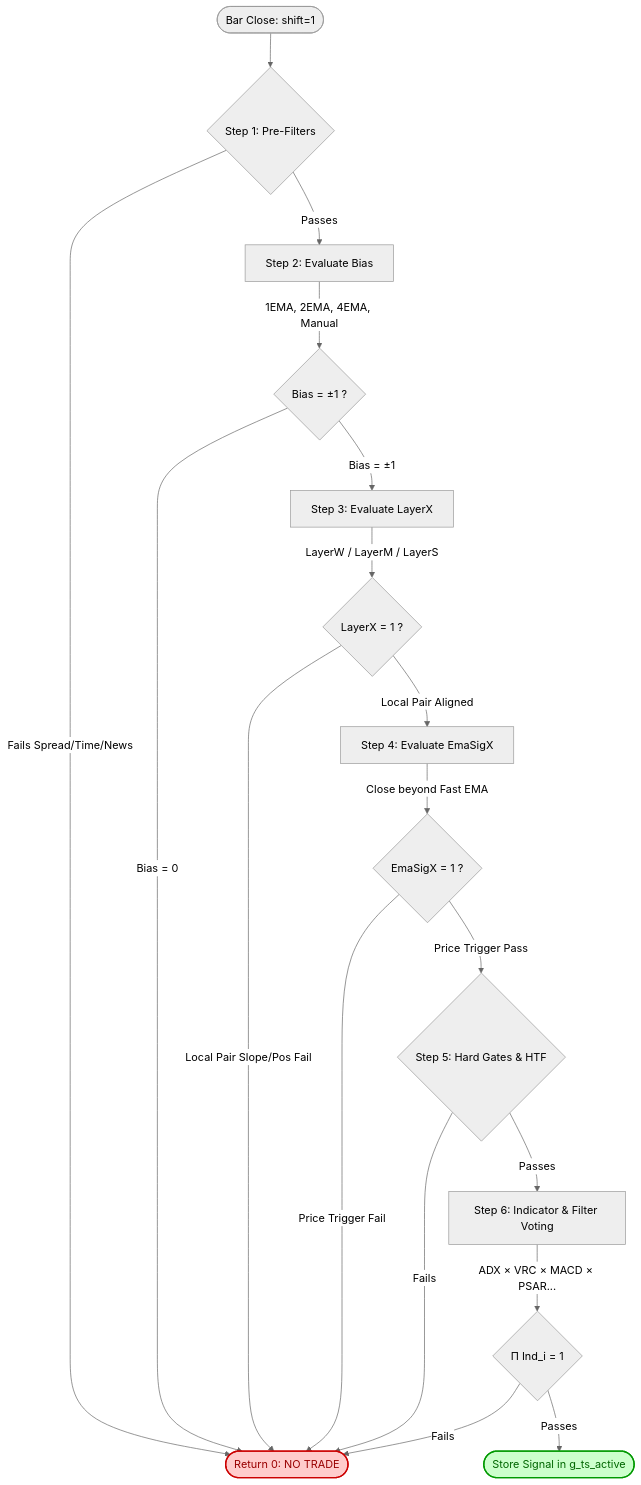
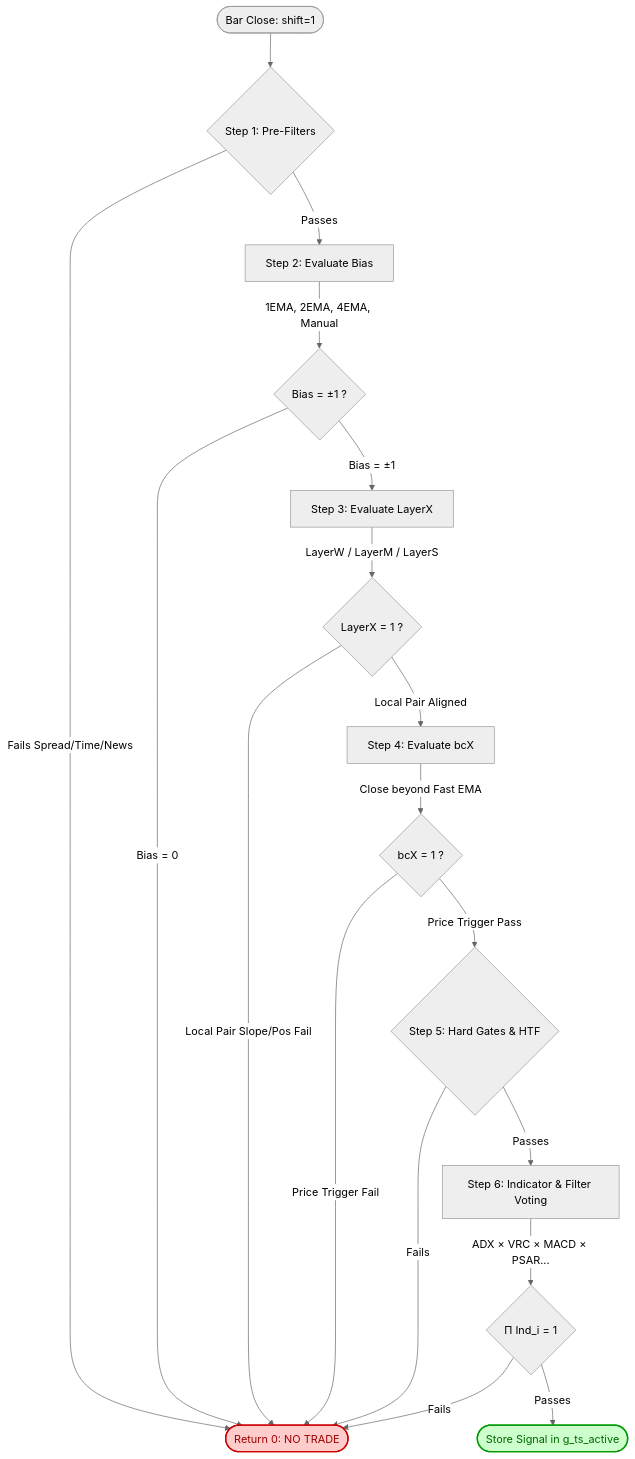
One commit to msmaciej/RRM_SEA changed the first of 2 diagrams in Readme/README_SEA_SIGNAL_REFERENCE.md. Above: the diagram before and after it, drawn with Mermaid (neutral theme). The commit also changed other lines of this file and 7 other files, not shown here.

First line of the commit message:
Remove deprecated EmaSig indicator voting system completely

````diff
--- a/Readme/README_SEA_SIGNAL_REFERENCE.md
+++ b/Readme/README_SEA_SIGNAL_REFERENCE.md
@@ -18,34 +18,34 @@
 ```mermaid
 flowchart TD
     Start([Bar Close: shift=1]) --> S1{Step 1: Pre-Filters}
     
     S1 -- Fails Spread/Time/News --> Reject([Return 0: NO TRADE])
     S1 -- Passes --> S2[Step 2: Evaluate Bias]
     
     S2 --> |1EMA, 2EMA, 4EMA, Manual| BiasCheck{Bias = ±1 ?}
     BiasCheck -- Bias = 0 --> Reject
     
     BiasCheck -- Bias = ±1 --> S3[Step 3: Evaluate LayerX]
     
     S3 --> |LayerW / LayerM / LayerS| LayerCheck{LayerX = 1 ?}
     LayerCheck -- Local Pair Slope/Pos Fail --> Reject
     
-    LayerCheck -- Local Pair Aligned --> S4[Step 4: Evaluate EmaSigX]
+    LayerCheck -- Local Pair Aligned --> S4[Step 4: Evaluate bcX]
     
-    S4 --> |Close beyond Fast EMA| EmaSigCheck{EmaSigX = 1 ?}
-    EmaSigCheck -- Price Trigger Fail --> Reject
+    S4 --> |Close beyond Fast EMA| BcCheck{bcX = 1 ?}
+    BcCheck -- Price Trigger Fail --> Reject
     
-    EmaSigCheck -- Price Trigger Pass --> S5{Step 5: Hard Gates & HTF}
+    BcCheck -- Price Trigger Pass --> S5{Step 5: Hard Gates & HTF}
     S5 -- Fails --> Reject
     
     S5 -- Passes --> S8[Step 6: Indicator & Filter Voting]
     S8 --> |ADX × VRC × MACD × PSAR...| Math{"Π Ind_i = 1"}
     
     Math -- Fails --> Reject
     Math -- Passes --> End([Store Signal in g_ts_active])
     
     classDef reject fill:#ffcccc,stroke:#cc0000,stroke-width:2px,color:#990000;
     classDef accept fill:#ccffcc,stroke:#009900,stroke-width:2px,color:#006600;
     class Reject reject;
     class End accept;
 ```
````
